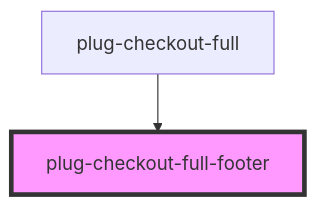
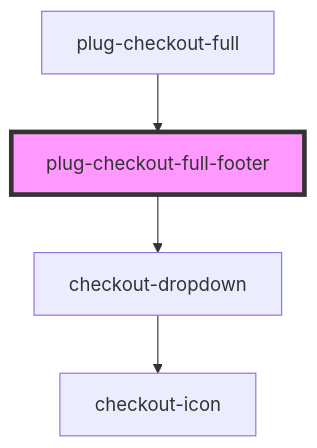
The diagram in packages/checkout-full/core/src/components/plug-checkout-full/partials/plug-checkout-full-footer/readme.md (plughacker/malga-checkout), drawn with Mermaid before and after one commit. The commit also changed other lines of this file and 4 other files, not shown here.

Commit message:
fix(checkout-full): update normalizations of customer informations

````diff
--- a/packages/checkout-full/core/src/components/plug-checkout-full/partials/plug-checkout-full-footer/readme.md
+++ b/packages/checkout-full/core/src/components/plug-checkout-full/partials/plug-checkout-full-footer/readme.md
@@ -22,5 +34,7 @@
 ```mermaid
 graph TD;
+  plug-checkout-full-footer --> checkout-dropdown
+  checkout-dropdown --> checkout-icon
   plug-checkout-full --> plug-checkout-full-footer
   style plug-checkout-full-footer fill:#f9f,stroke:#333,stroke-width:4px
 ```
````
